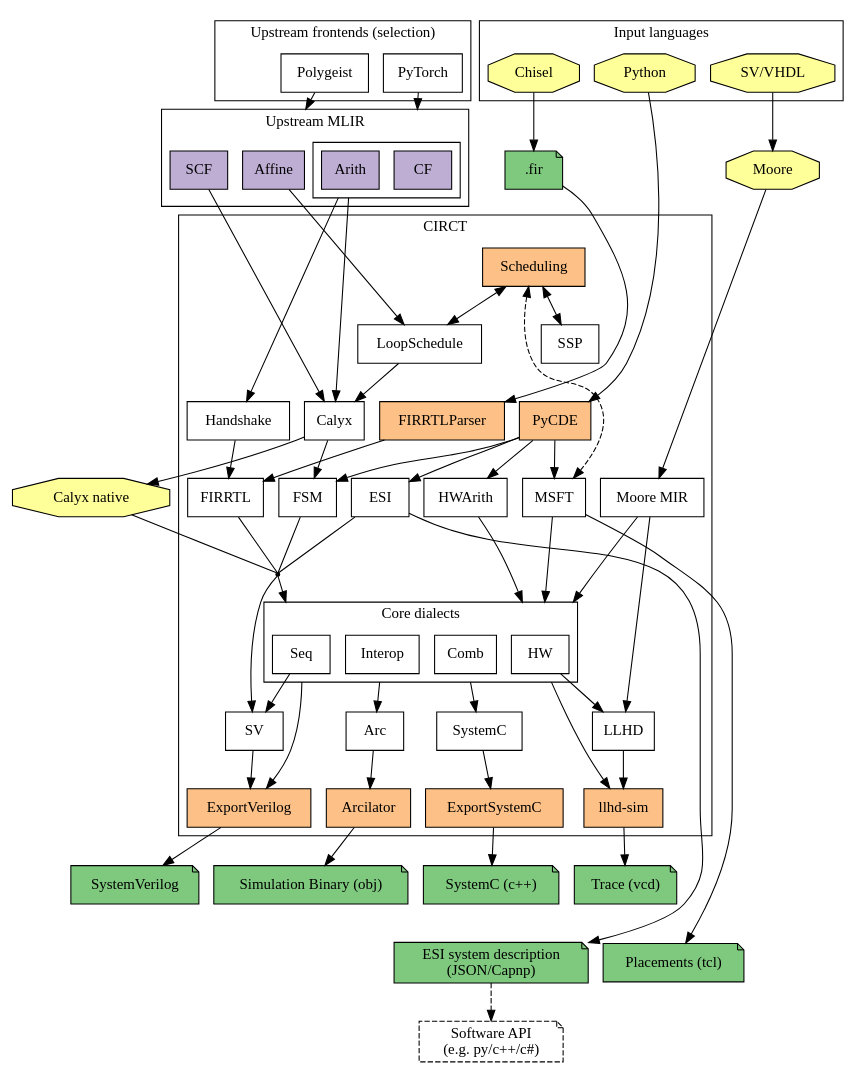
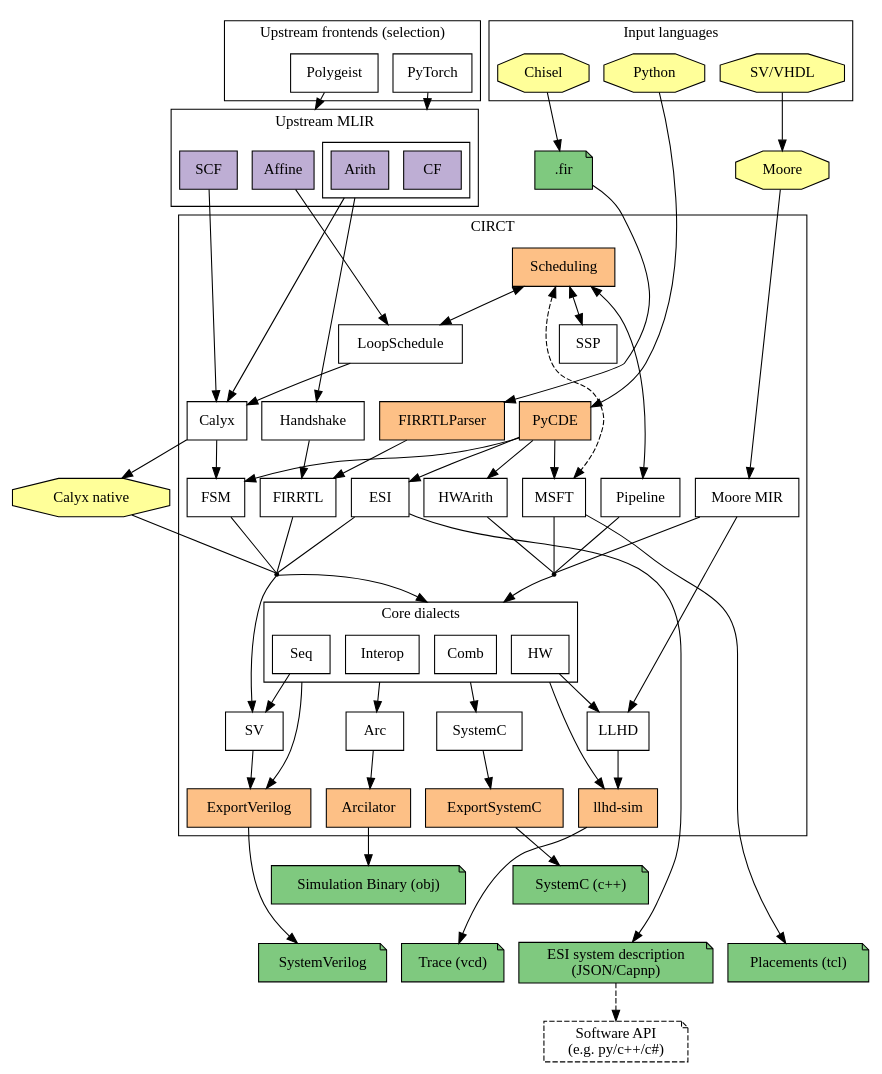
The diagram in docs/dialects.dot (thomasnormal/circt), drawn with Graphviz before and after one commit. The commit also changed 2 other files, not shown here.

Commit message:
[Docs] Add Pipeline to dialects.dot

```diff
--- a/docs/dialects.dot
+++ b/docs/dialects.dot
@@ -1,177 +1,183 @@
 digraph G {
   // Note: Remember to run the circt/utils/update-docs-dialects.sh script after
   // modifying this file to regenerate the .svg and .png renders of the graph.
   rankdir = TB
   splines=spline
   node [shape=box style=filled fillcolor="white"]
   nodesep=0.2 // horizontal compression
   ranksep=0.5 // vertical compression
   compound=true
 
   // MLIR frontends
   subgraph cluster_mlir_frontends {
     label = "Upstream frontends (selection)"
     PyTorch
     Polygeist
   }
 
   // MLIR dialects
   subgraph cluster_mlir {
     label = "Upstream MLIR";
     node [fillcolor="#beaed4"]
     SCF Affine
     subgraph cluster_std_arith_dialect {
       label = ""
       CF
       Arith
     }
   }
   PyTorch -> CF [lhead=cluster_mlir]
   Polygeist -> Affine [lhead=cluster_mlir]
 
   subgraph cluster_circt {
     label = "CIRCT"
     // Internal frontend tools
     subgraph frontend_internal_tools{
       node [fillcolor="#fdc086"]
       FIRRTLParser
       PyCDE [URL="https://circt.llvm.org/docs/PyCDE/"]
       Scheduling [URL="https://circt.llvm.org/docs/Scheduling/"]
     }
 
     // CIRCT dialects
     Handshake [URL="https://circt.llvm.org/docs/Dialects/Handshake/"]
     Calyx [URL="https://circt.llvm.org/docs/Dialects/Calyx/"]
     FIRRTL [URL="https://circt.llvm.org/docs/Dialects/FIRRTL/"]
+    Pipeline [URL="https://circt.llvm.org/docs/Dialects/Pipeline/"]
     LoopSchedule [URL="https://circt.llvm.org/docs/Dialects/LoopSchedule/"]
     SSP [URL="https://circt.llvm.org/docs/Dialects/SSP/"]
     MSFT [URL="https://circt.llvm.org/docs/Dialects/MSFT/"]
     ESI [URL="https://circt.llvm.org/docs/Dialects/ESI/"]
     FSM [URL="https://circt.llvm.org/docs/Dialects/FSM/"]
     HWArith [URL="https://circt.llvm.org/docs/Dialects/HWArith/"]
     MooreMIR [URL="https://circt.llvm.org/docs/Dialects/Moore/", label="Moore MIR"]
 
     // Intermediate node to target when lowering to both SV and Core dialects
     lower_to_sv_and_core [shape=point label="" fillcolor=black]
-
+    
+    // Intermediate node to target when lowering to Core dialects
+    lower_to_core [shape=point label="" fillcolor=black]
+    
     // Invisible node to make space for RTL cluster's incoming edges.
     space_above_RTL [style = invis, label=""]
 
     // Core dialects
     subgraph cluster_RTL {
       label = "Core dialects"
       Seq [URL="https://circt.llvm.org/docs/Dialects/Seq/"]
       HW [URL="https://circt.llvm.org/docs/Dialects/HW/"]
       Comb [URL="https://circt.llvm.org/docs/Dialects/Comb/"]
       Interop [URL="https://circt.llvm.org/docs/Dialects/Interop/"]
     }
     LLHD [URL="https://circt.llvm.org/docs/Dialects/LLHD/"]
     Arc [URL="https://circt.llvm.org/docs/Dialects/Arc/"]
 
     // Backend dialects
     SV [URL="https://circt.llvm.org/docs/Dialects/SV/"]
     SystemC [URL="https://circt.llvm.org/docs/Dialects/SystemC/"]
 
     subgraph backend_internal_tools{
       node [fillcolor="#fdc086"]
       Arcilator
       llhd_sim [label="llhd-sim"]
       ExportSystemC
       ExportVerilog [URL="https://circt.llvm.org/docs/VerilogGeneration/"]
     }
   }
 
   // External tools
   subgraph external_tools {
     node [shape=octagon fillcolor="#ffff99"]
     Moore 
     Calyx_native [label="Calyx native"]
   }
 
   FIRFile [label=".fir" fillcolor="#7fc97f" shape="note"]
 
   subgraph cluster_input_langs {
     label = "Input languages"
     node [shape=octagon fillcolor="#ffff99"]
     Chisel
     SVVHDL [label="SV/VHDL"]
     PyFile [label="Python"]
   }
 
   // Output file formats
   subgraph output_file_formats {
     node [fillcolor="#7fc97f" shape="note"]
     VCDTrace [label="Trace (vcd)"]
     SystemCFile [label="SystemC (c++)"]
     SVFile [label="SystemVerilog"]
     ServiceDesc [label="ESI system description\n(JSON/Capnp)"]
     SoftwareAPI [label="Software API\n(e.g. py/c++/c#)" style=dashed]
     TCL [label="Placements (tcl)"]
     SimBinary [label="Simulation Binary (obj)"]
   }
 
   // ===== Connections =====
   // Dialect conversions
   SCF -> Calyx
   Affine -> LoopSchedule
   LoopSchedule -> Calyx
   Arith -> {Handshake Calyx} [ltail=cluster_std_arith_dialect]
 
   Handshake -> FIRRTL
   Calyx -> FSM
 
   // Things that lower into a subset of the RTL-like dialects. Cluster these
   // together to avoid a massive clutter.
-  {MSFT HWArith MooreMIR} -> HW [lhead=cluster_RTL]
+  {Pipeline MSFT HWArith MooreMIR} -> lower_to_core [arrowhead=none]
   {ESI FIRRTL FSM} -> lower_to_sv_and_core [arrowhead=none]
   lower_to_sv_and_core -> SV
-  lower_to_sv_and_core -> Seq [lhead=cluster_RTL]
+  lower_to_sv_and_core -> Comb [lhead=cluster_RTL]
+  lower_to_core -> Comb [lhead=cluster_RTL]
   Seq -> SV
   {HW MooreMIR} -> LLHD
   Interop -> Arc [ltail=cluster_RTL]
   Comb -> SystemC [ltail=cluster_RTL]
   ExportVerilog -> SVFile
 
   // Tool flows
   Arc -> Arcilator
   Arcilator -> SimBinary
   Scheduling -> LoopSchedule [dir=both]
+  Scheduling -> Pipeline [dir=both]
   Chisel -> FIRFile
   FIRFile -> FIRRTLParser
   FIRRTLParser -> FIRRTL
   SystemC -> ExportSystemC
   ExportSystemC -> SystemCFile
   SV -> ExportVerilog
   Seq -> ExportVerilog [ltail=cluster_RTL]
   HW -> llhd_sim [ltail=cluster_RTL]
   SVVHDL -> Moore [weight=999]
   Moore -> MooreMIR
   Calyx -> Calyx_native
   Calyx_native -> lower_to_sv_and_core [arrowhead=none]
   LLHD -> llhd_sim
   llhd_sim -> VCDTrace
   //ESI -> CapNProto
   ESI -> ServiceDesc
   MSFT -> TCL
   PyFile -> PyCDE
   PyCDE -> {ESI MSFT HWArith FSM}
   Scheduling -> SSP [dir=both]
   Scheduling -> MSFT [dir=both, style=dashed]
   ServiceDesc -> SoftwareAPI [style=dashed]
 
   // ====== Some fake edges to coerce a good layout ======
   // Note: Modify these if you make changes to the above diagram, and things
   // start looking weird.
 
   // Leave one rank free above the RTL cluster to improve routing of incoming
   // edges.
   {FIRRTL FSM ESI MSFT HWArith MooreMIR} -> space_above_RTL [weight=999, style=invis]
-  space_above_RTL -> {Seq HW Comb} [lhead=cluster_RTL, weight=999, style=invis]
+  {space_above_RTL} -> {Seq HW Comb} [lhead=cluster_RTL, weight=999, style=invis]
 
   // Fix the following sink nodes below the CIRCT cluster
-  SystemCFile -> {TCL ServiceDesc} [weight=999 style=invis]
+  SystemCFile -> {TCL ServiceDesc SVFile VCDTrace} [weight=999 style=invis]
 
   // Better organize the top.
   {PyTorch Polygeist Chisel} -> CF [weight=999 style=invis]
   FIRFile -> Scheduling [weight=999 style=invis]
 }
```
